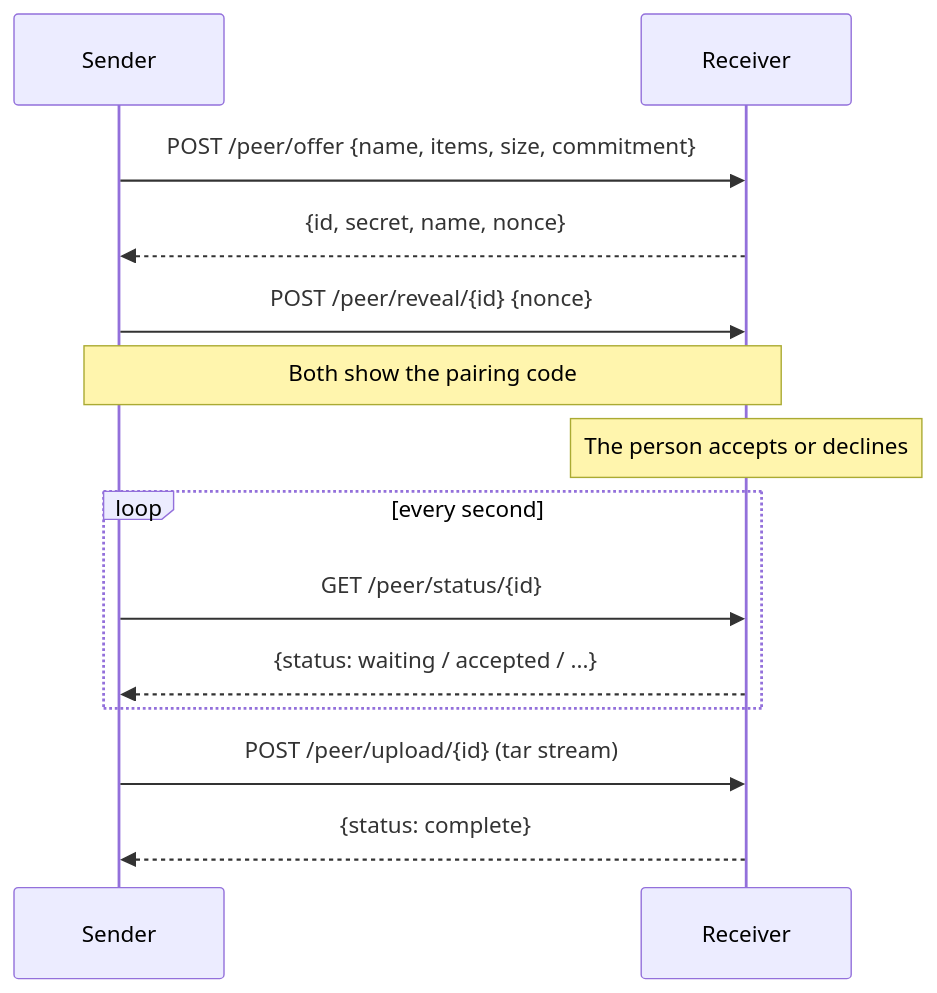
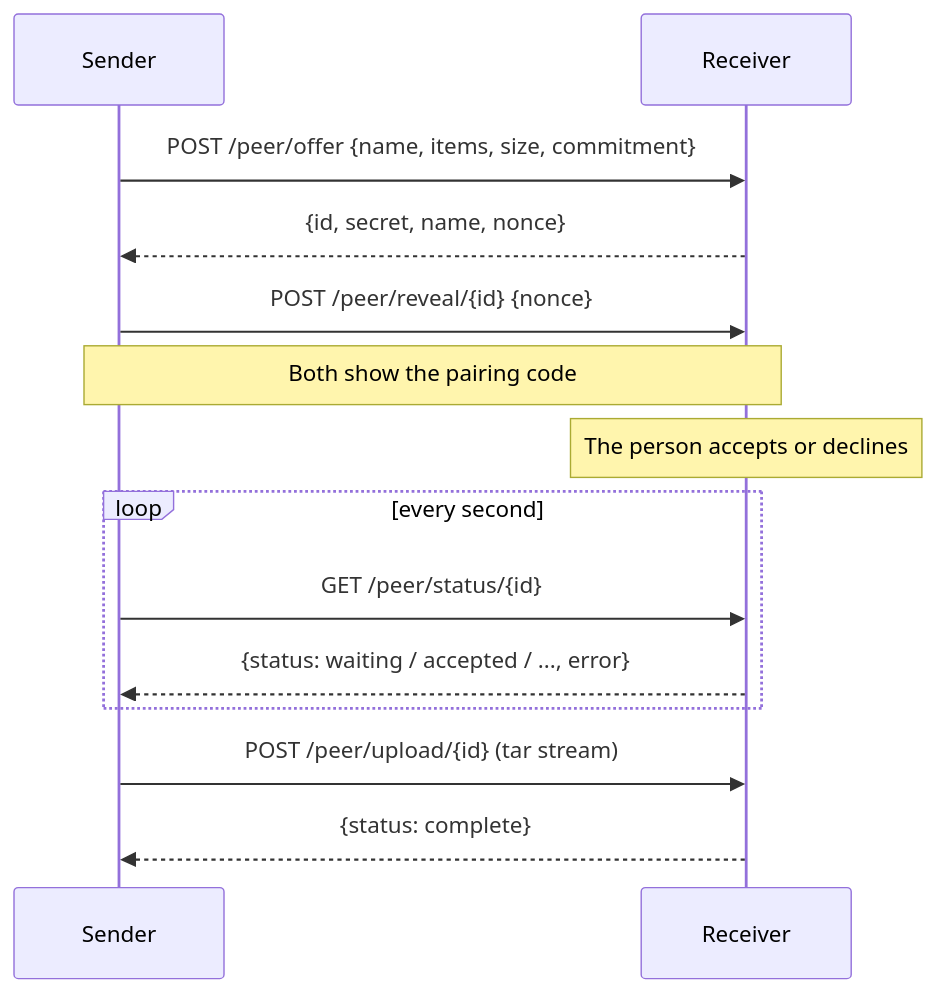
Before and after one commit to sprytnyk/loka: the second of 2 diagrams in PROTOCOL.md, drawn with Mermaid. The commit also changed other lines of this file and 6 other files, not shown here.

````diff
--- a/PROTOCOL.md
+++ b/PROTOCOL.md
@@ -92,16 +92,16 @@
 ```mermaid
 sequenceDiagram
     participant S as Sender
     participant R as Receiver
     S->>R: POST /peer/offer {name, items, size, commitment}
     R-->>S: {id, secret, name, nonce}
     S->>R: POST /peer/reveal/{id} {nonce}
     Note over S,R: Both show the pairing code
     Note over R: The person accepts or declines
     loop every second
         S->>R: GET /peer/status/{id}
-        R-->>S: {status: waiting / accepted / ...}
+        R-->>S: {status: waiting / accepted / ..., error}
     end
     S->>R: POST /peer/upload/{id} (tar stream)
     R-->>S: {status: complete}
 ```
````
